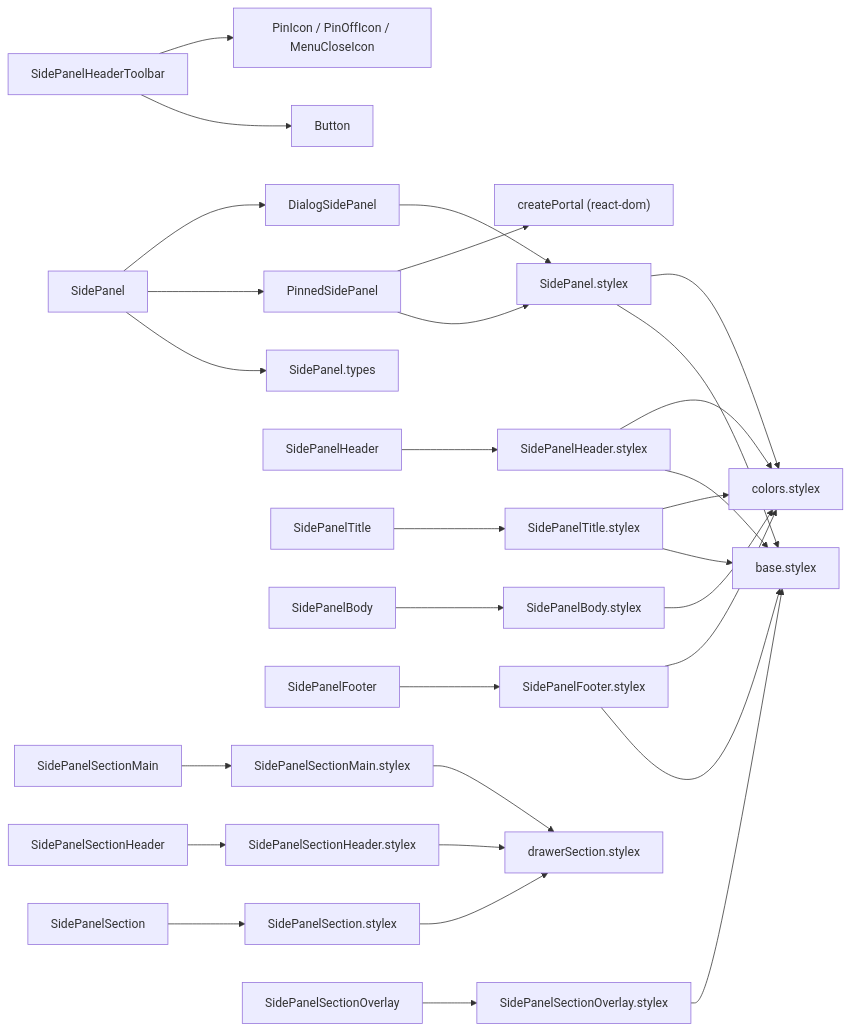
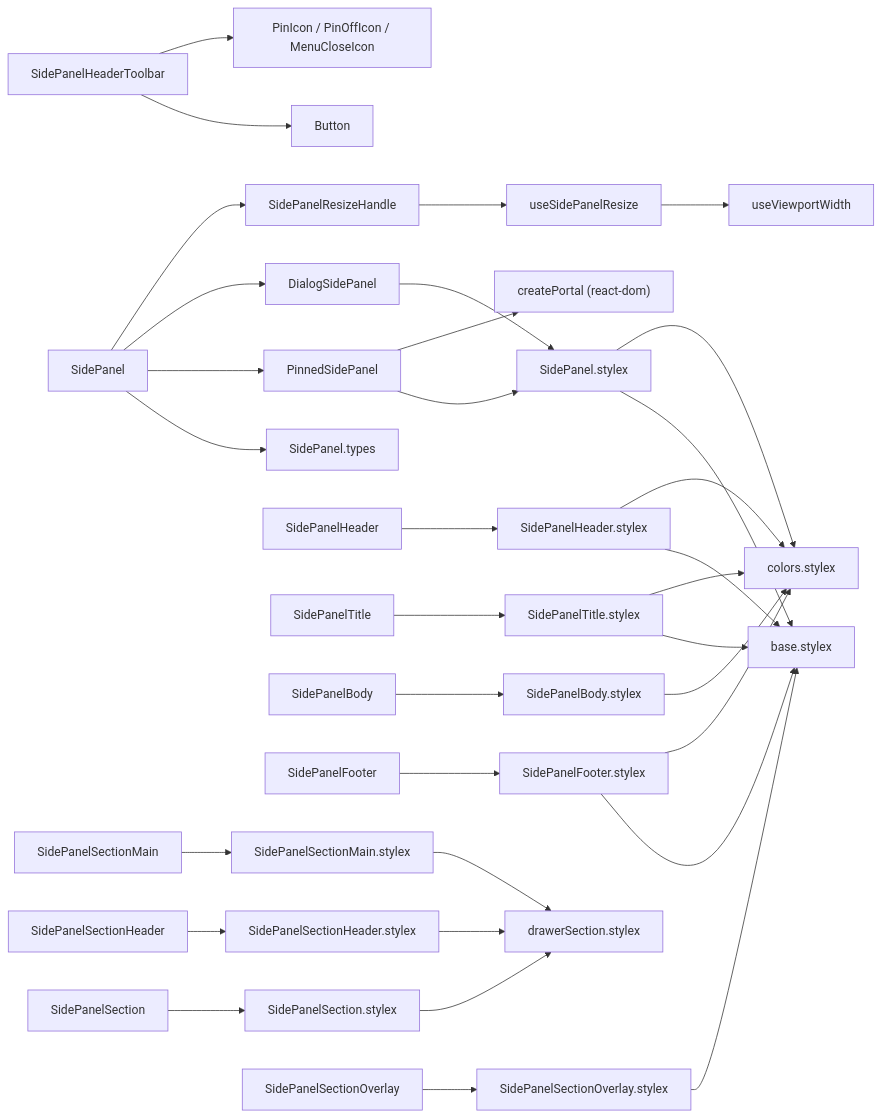
Before and after one commit to luciocabrera/lcabrera-stack: the first of 4 diagrams in packages/ui/src/components/SidePanel/ARCHITECTURE.md, drawn with Mermaid. The commit also changed other lines of this file and 102 other files, not shown here.

````diff
--- a/packages/ui/src/components/SidePanel/ARCHITECTURE.md
+++ b/packages/ui/src/components/SidePanel/ARCHITECTURE.md
@@ -76,43 +86,46 @@
 ```mermaid
 graph LR
   SidePanel --> SidePanel.types
   SidePanel --> PinnedSidePanel
   SidePanel --> DialogSidePanel
+  SidePanel --> SidePanelResizeHandle
+  SidePanelResizeHandle --> useSidePanelResize
+  useSidePanelResize --> useViewportWidth
 
   PinnedSidePanel --> SidePanel.stylex
   PinnedSidePanel --> ReactDOM["createPortal (react-dom)"]
   DialogSidePanel --> SidePanel.stylex
 
   SidePanel.stylex --> base.stylex
   SidePanel.stylex --> colors.stylex
 
   SidePanelHeaderToolbar --> Button
   SidePanelHeaderToolbar --> Icons["PinIcon / PinOffIcon / MenuCloseIcon"]
 
   SidePanelHeader --> SidePanelHeader.stylex
   SidePanelHeader.stylex --> base.stylex
   SidePanelHeader.stylex --> colors.stylex
 
   SidePanelTitle --> SidePanelTitle.stylex
   SidePanelTitle.stylex --> base.stylex
   SidePanelTitle.stylex --> colors.stylex
 
   SidePanelBody --> SidePanelBody.stylex
   SidePanelBody.stylex --> colors.stylex
 
   SidePanelFooter --> SidePanelFooter.stylex
   SidePanelFooter.stylex --> base.stylex
   SidePanelFooter.stylex --> colors.stylex
 
   SidePanelSection --> SidePanelSection.stylex
   SidePanelSection.stylex --> drawerSection.stylex
 
   SidePanelSectionHeader --> SidePanelSectionHeader.stylex
   SidePanelSectionHeader.stylex --> drawerSection.stylex
 
   SidePanelSectionMain --> SidePanelSectionMain.stylex
   SidePanelSectionMain.stylex --> drawerSection.stylex
 
   SidePanelSectionOverlay --> SidePanelSectionOverlay.stylex
   SidePanelSectionOverlay.stylex --> base.stylex
 ```
````
